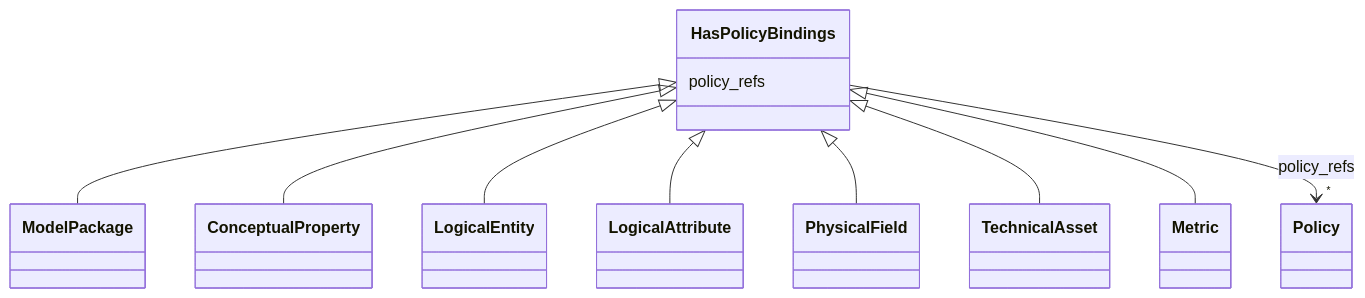
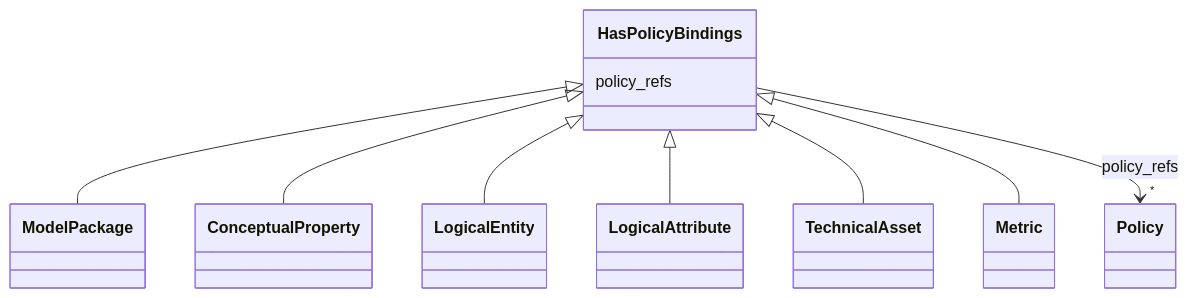
Before and after one commit to oista/moex-data-model: the diagram in generated/artifacts/moex-dams/0.1/diagrams/HasPolicyBindings.md, drawn with Mermaid. The commit also changed 129 other files, not shown here.

First line of the commit message:
feat(dams): introduce DataStructure and SchemaNode, separate Message

````diff
--- a/generated/artifacts/moex-dams/0.1/diagrams/HasPolicyBindings.md
+++ b/generated/artifacts/moex-dams/0.1/diagrams/HasPolicyBindings.md
@@ -4,32 +4,30 @@
 ```mermaid
  classDiagram
     class HasPolicyBindings
     click HasPolicyBindings href "../HasPolicyBindings"
       HasPolicyBindings <|-- ModelPackage
         click ModelPackage href "../ModelPackage"
       HasPolicyBindings <|-- ConceptualProperty
         click ConceptualProperty href "../ConceptualProperty"
       HasPolicyBindings <|-- LogicalEntity
         click LogicalEntity href "../LogicalEntity"
       HasPolicyBindings <|-- LogicalAttribute
         click LogicalAttribute href "../LogicalAttribute"
-      HasPolicyBindings <|-- PhysicalField
-        click PhysicalField href "../PhysicalField"
       HasPolicyBindings <|-- TechnicalAsset
         click TechnicalAsset href "../TechnicalAsset"
       HasPolicyBindings <|-- Metric
         click Metric href "../Metric"
       
       HasPolicyBindings : policy_refs
         
           
     
         
         
         HasPolicyBindings --> "*" Policy : policy_refs
         click Policy href "../Policy"
     
 
         
       
 ```
````
